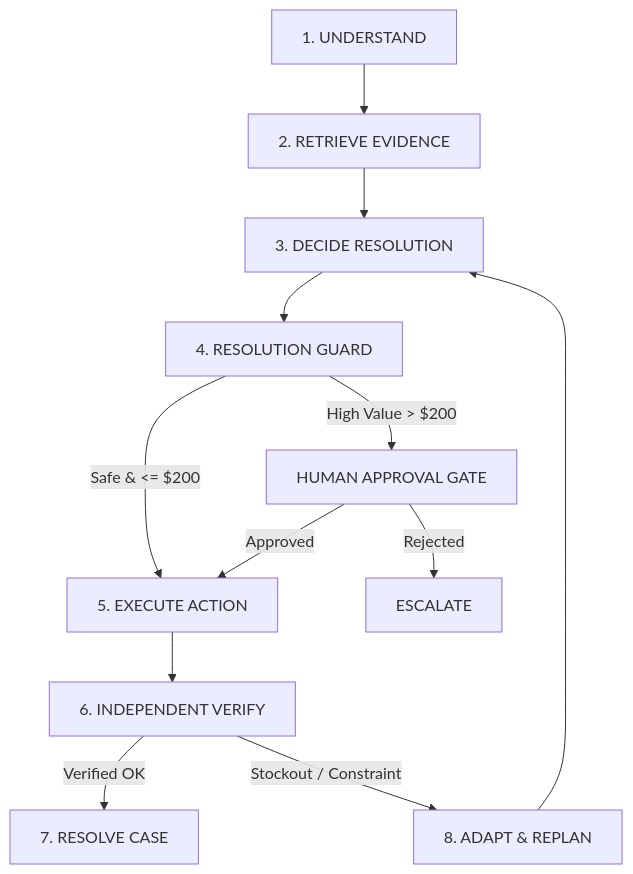
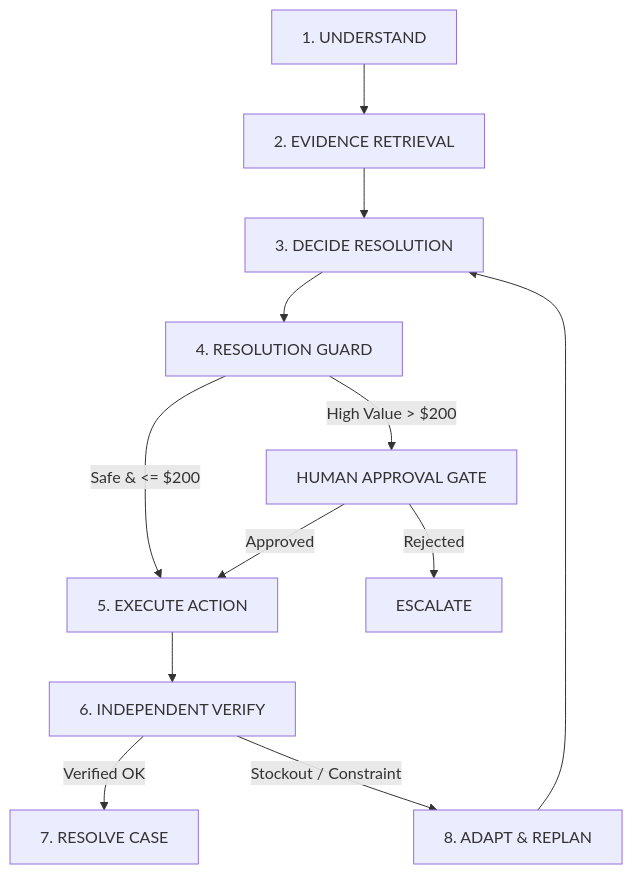
Before and after one commit to PurvaBhadange/ResolveOS-2: the first of 2 diagrams in README.md, drawn with Mermaid. The commit also changed other lines of this file, not shown here.

````diff
--- a/README.md
+++ b/README.md
@@ -20,14 +90,14 @@
 ```mermaid
 flowchart TD
-    A[1. UNDERSTAND] --> B[2. RETRIEVE EVIDENCE]
+    A[1. UNDERSTAND] --> B[2. EVIDENCE RETRIEVAL]
     B --> C[3. DECIDE RESOLUTION]
     C --> D[4. RESOLUTION GUARD]
     D -->|Safe & <= $200| E[5. EXECUTE ACTION]
     D -->|High Value > $200| F[HUMAN APPROVAL GATE]
     F -->|Approved| E
     F -->|Rejected| G[ESCALATE]
     E --> H[6. INDEPENDENT VERIFY]
     H -->|Verified OK| I[7. RESOLVE CASE]
     H -->|Stockout / Constraint| J[8. ADAPT & REPLAN]
     J --> C
 ```
````
